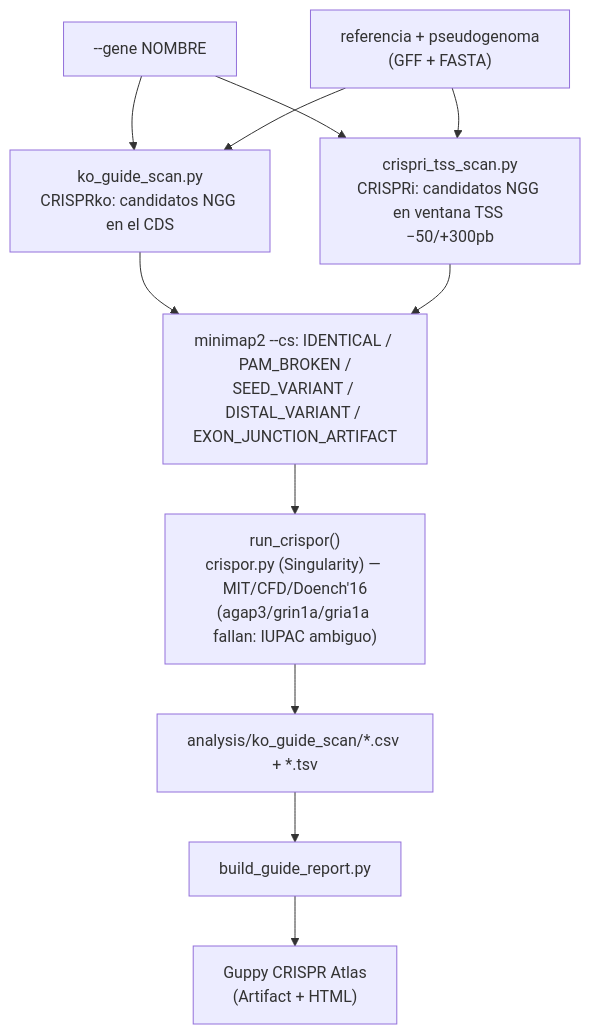
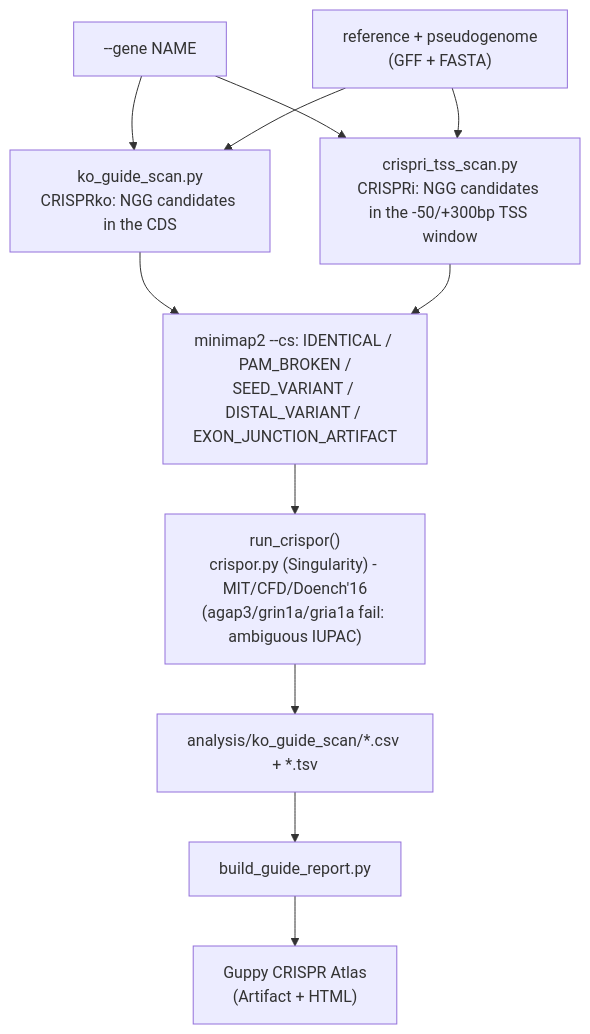
The eighth of 9 diagrams in docs/PIPELINE.md (diegomartinez33/guppy-crispr-wgs-pipeline), drawn with Mermaid before and after one commit. The commit also changed other lines of this file and 11 other files, not shown here.

````diff
--- a/docs/PIPELINE.md
+++ b/docs/PIPELINE.md
@@ -358,13 +358,13 @@
 ```mermaid
 flowchart TD
-    GENE["--gene NOMBRE"] --> KO["ko_guide_scan.py\nCRISPRko: candidatos NGG en el CDS"]
-    GENE --> CI["crispri_tss_scan.py\nCRISPRi: candidatos NGG en ventana TSS −50/+300pb"]
-    REF["referencia + pseudogenoma\n(GFF + FASTA)"] --> KO
+    GENE["--gene NAME"] --> KO["ko_guide_scan.py\nCRISPRko: NGG candidates in the CDS"]
+    GENE --> CI["crispri_tss_scan.py\nCRISPRi: NGG candidates in the -50/+300bp TSS window"]
+    REF["reference + pseudogenome\n(GFF + FASTA)"] --> KO
     REF --> CI
     KO --> CLASS["minimap2 --cs: IDENTICAL / PAM_BROKEN /\nSEED_VARIANT / DISTAL_VARIANT / EXON_JUNCTION_ARTIFACT"]
     CI --> CLASS
-    CLASS --> CROP["run_crispor()\ncrispor.py (Singularity) — MIT/CFD/Doench'16\n(agap3/grin1a/gria1a fallan: IUPAC ambiguo)"]
+    CLASS --> CROP["run_crispor()\ncrispor.py (Singularity) - MIT/CFD/Doench'16\n(agap3/grin1a/gria1a fail: ambiguous IUPAC)"]
     CROP --> CSVS["analysis/ko_guide_scan/*.csv + *.tsv"]
     CSVS --> RPT["build_guide_report.py"]
     RPT --> ATLAS["Guppy CRISPR Atlas\n(Artifact + HTML)"]
 ```
````
